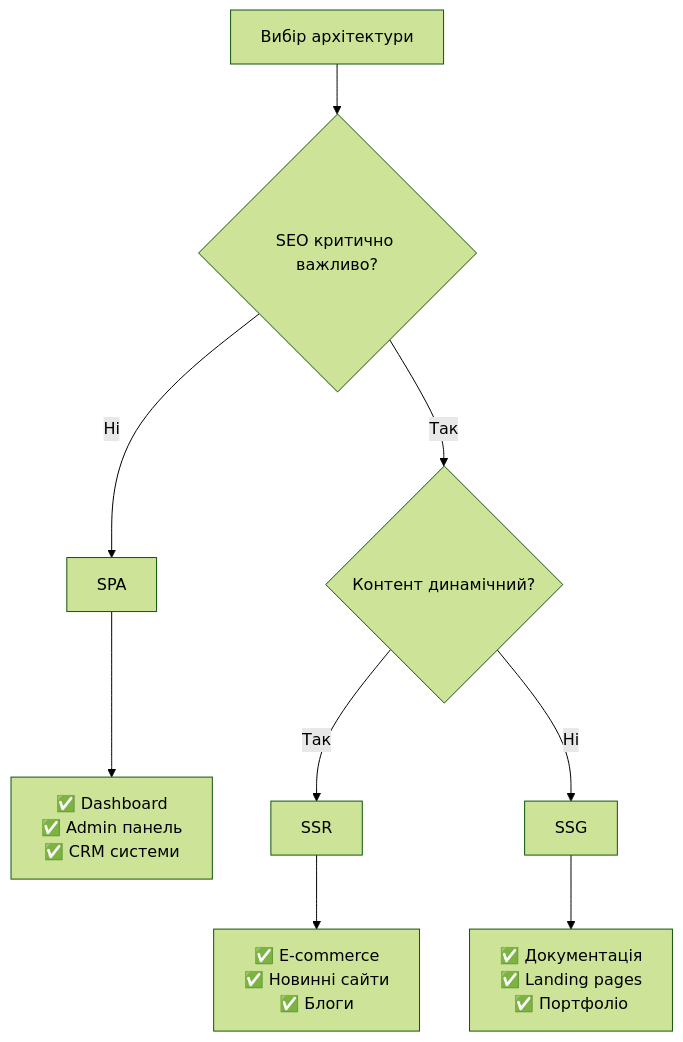
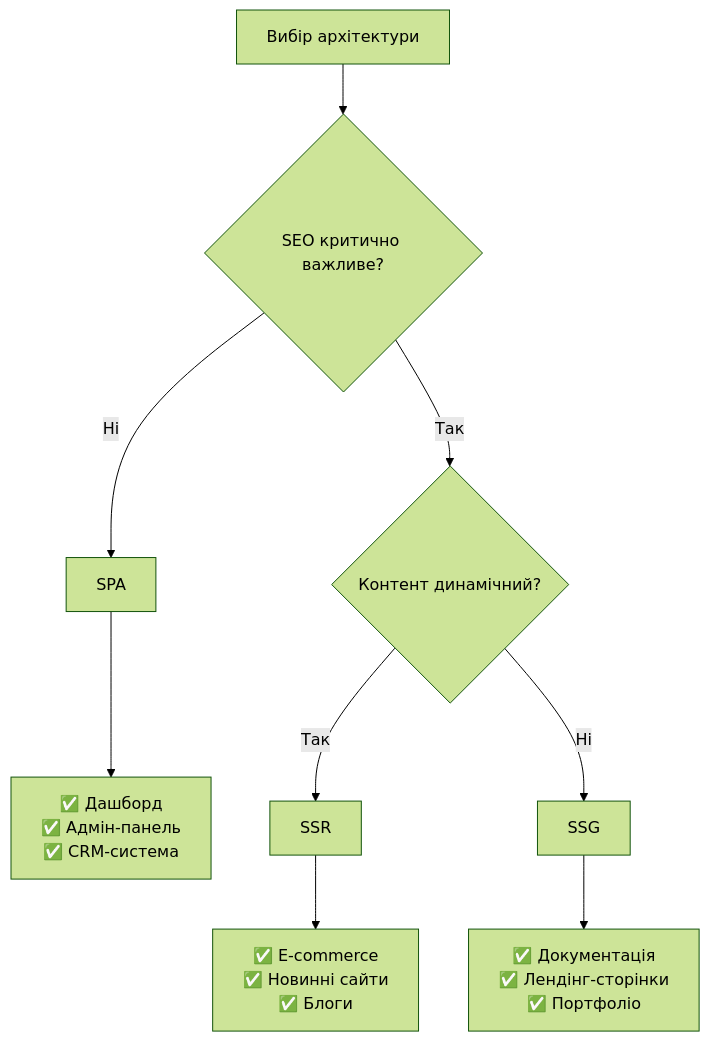
Diagram 14 of 19 in lectures/lecture-01.md (olroi421/course-web), drawn with Mermaid (forest theme) before and after one commit. The commit also changed other lines of this file and 4 other files, not shown here.

````diff
--- a/lectures/lecture-01.md
+++ b/lectures/lecture-01.md
@@ -1001,15 +1051,15 @@
 ```mermaid
 flowchart TD
-    A[Вибір архітектури] --> B{SEO критично важливо?}
+    A[Вибір архітектури] --> B{SEO критично важливе?}
 
     B -->|Ні| C[SPA]
     B -->|Так| D{Контент динамічний?}
 
-    C --> G[✅ Dashboard<br/>✅ Admin панель<br/>✅ CRM системи]
+    C --> G[✅ Дашборд<br/>✅ Адмін-панель<br/>✅ CRM-система]
 
     D -->|Так| E[SSR]
     D -->|Ні| F[SSG]
 
     E --> H[✅ E-commerce<br/>✅ Новинні сайти<br/>✅ Блоги]
-    F --> I[✅ Документація<br/>✅ Landing pages<br/>✅ Портфоліо]
+    F --> I[✅ Документація<br/>✅ Лендінг-сторінки<br/>✅ Портфоліо]
 ```
````
